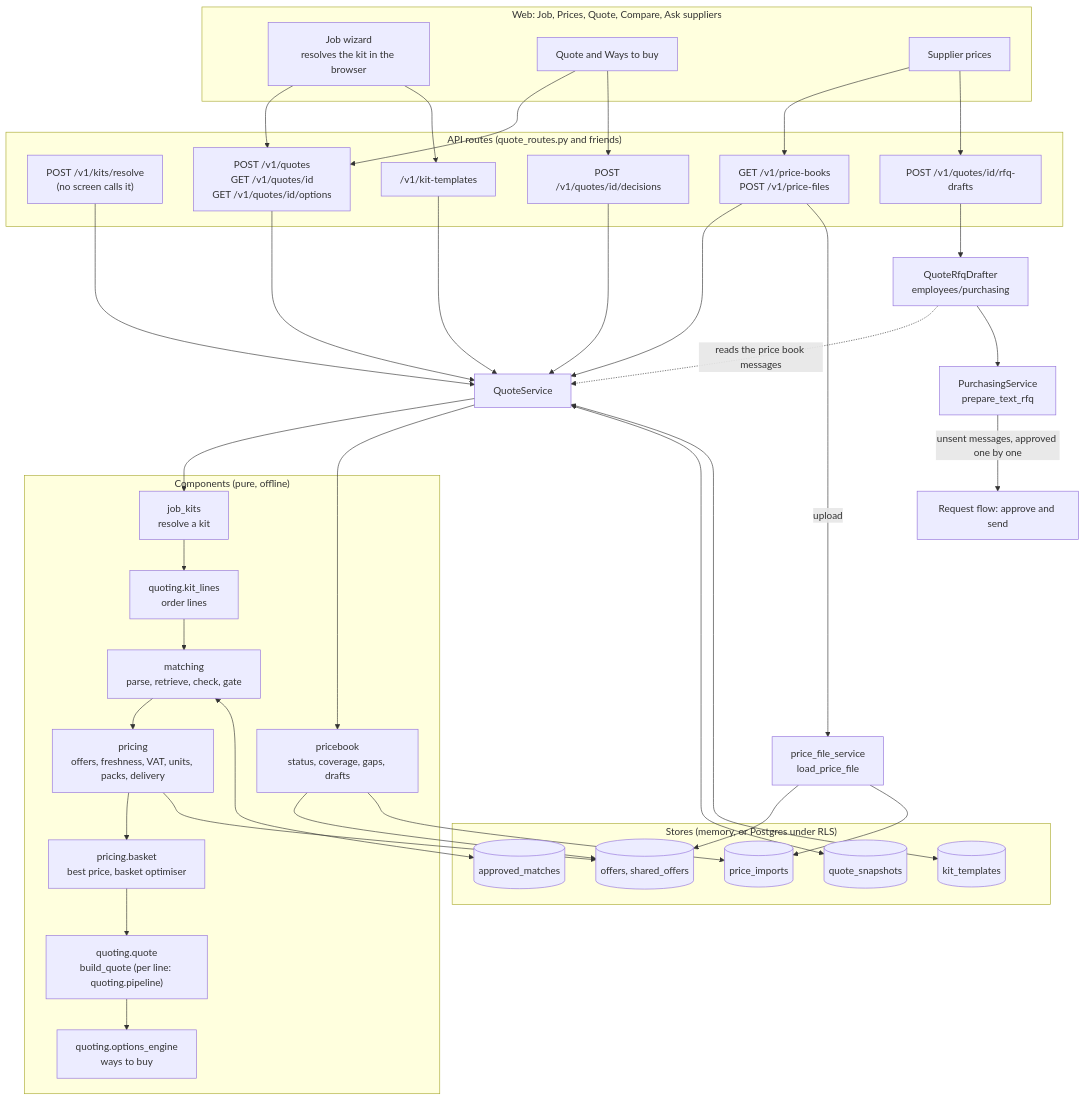
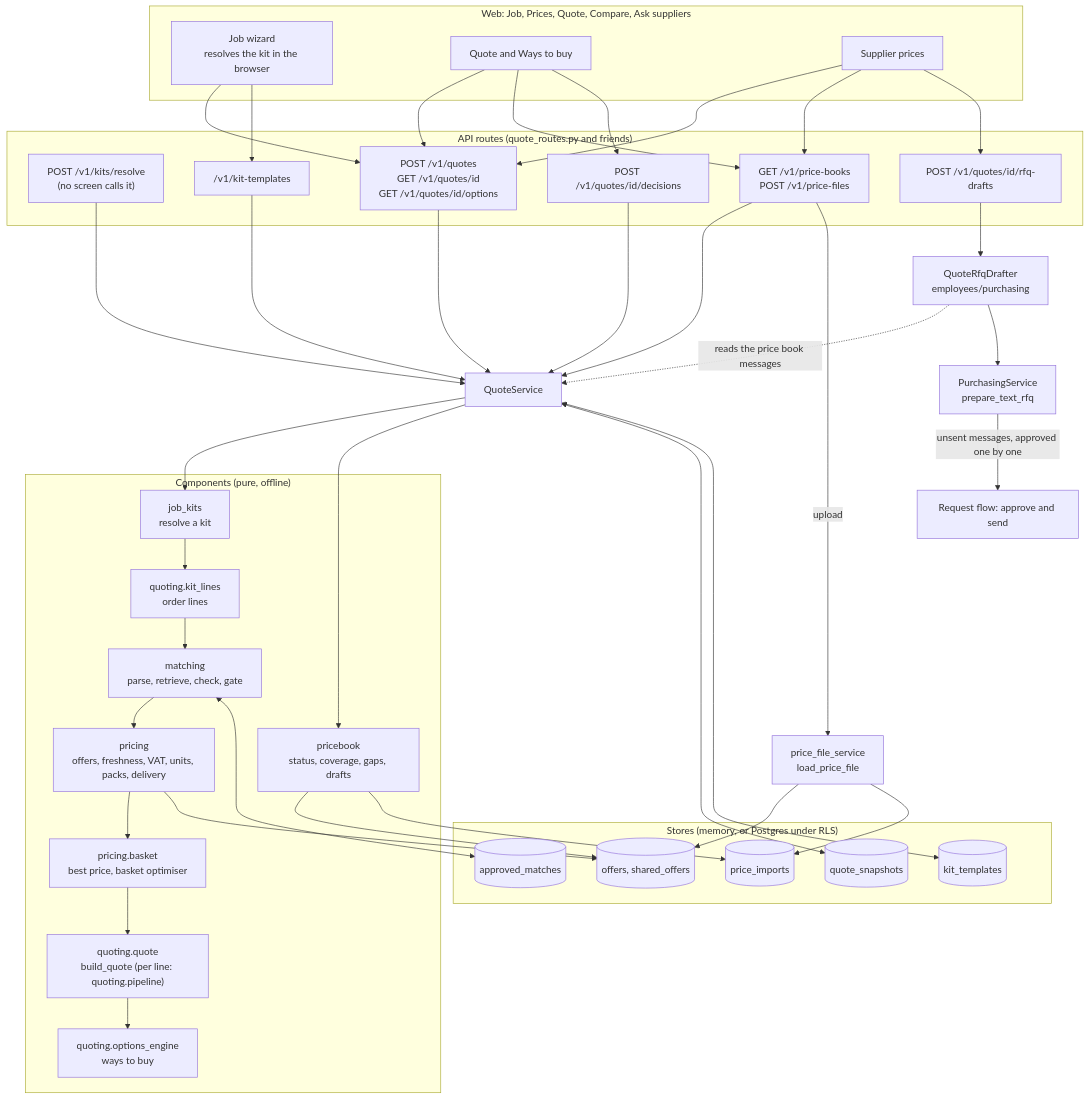
The diagram in docs/technical/05-quote-engine.md (emre-akarsu/ai-commerce-ideas), drawn with Mermaid before and after one commit. The commit also changed other lines of this file and 15 other files, not shown here.

````diff
--- a/docs/technical/05-quote-engine.md
+++ b/docs/technical/05-quote-engine.md
@@ -11,63 +11,65 @@
 ```mermaid
 flowchart TB
   subgraph web["Web: Job, Prices, Quote, Compare, Ask suppliers"]
     wz["Job wizard<br/>resolves the kit in the browser"]
     qv["Quote and Ways to buy"]
     pb["Supplier prices"]
   end
   subgraph api["API routes (quote_routes.py and friends)"]
     r1["POST /v1/kits/resolve<br/>(no screen calls it)"]
     r2["POST /v1/quotes<br/>GET /v1/quotes/id<br/>GET /v1/quotes/id/options"]
     r3["GET /v1/price-books<br/>POST /v1/price-files"]
     r4["POST /v1/quotes/id/decisions"]
     r6["/v1/kit-templates"]
     r5["POST /v1/quotes/id/rfq-drafts"]
   end
   qs["QuoteService"]
   pfs["price_file_service<br/>load_price_file"]
   dr["QuoteRfqDrafter<br/>employees/purchasing"]
   subgraph comps["Components (pure, offline)"]
     jk["job_kits<br/>resolve a kit"]
     ql["quoting.kit_lines<br/>order lines"]
     mt["matching<br/>parse, retrieve, check, gate"]
     pr["pricing<br/>offers, freshness, VAT, units, packs, delivery"]
     bk["pricing.basket<br/>best price, basket optimiser"]
     qb["quoting.quote<br/>build_quote (per line: quoting.pipeline)"]
     qo["quoting.options_engine<br/>ways to buy"]
     pbk["pricebook<br/>status, coverage, gaps, drafts"]
   end
   subgraph stores["Stores (memory, or Postgres under RLS)"]
     of[("offers, shared_offers")]
     am[("approved_matches")]
     qsn[("quote_snapshots")]
     kt[("kit_templates")]
     pi[("price_imports")]
   end
   pur["PurchasingService<br/>prepare_text_rfq"]
   wz --> r2
   wz --> r6
   qv --> r2
+  qv --> r3
+  pb --> r2
   pb --> r3
   qv --> r4
   pb --> r5
   r1 --> qs
   r2 --> qs
   r3 --> qs
   r3 -->|"upload"| pfs
   r4 --> qs
   r6 --> qs
   r5 --> dr
   dr -.->|"reads the price book messages"| qs
   dr --> pur
   qs --> jk --> ql --> mt --> pr --> bk --> qb --> qo
   qs --> pbk
   mt <--> am
   pr --> of
   pfs --> of
   pfs --> pi
   qs <--> qsn
   qs <--> kt
   pbk --> of
   pbk --> pi
   pur -->|"unsent messages, approved one by one"| req["Request flow: approve and send"]
 ```
````
